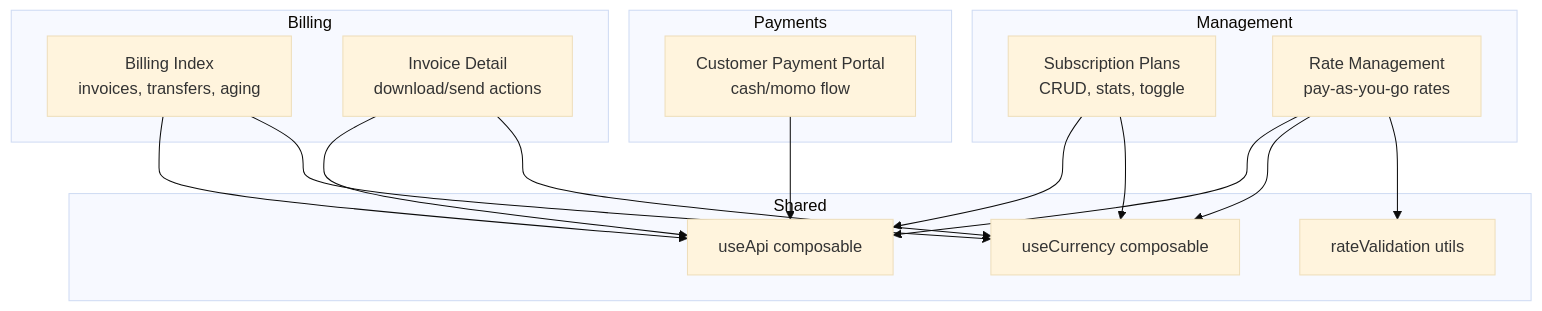
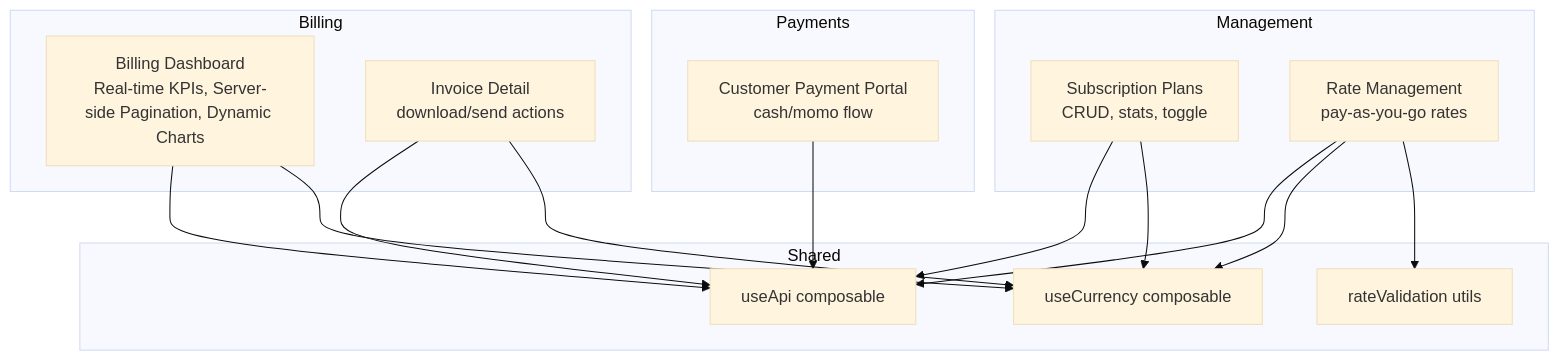
One commit to Lazynerd-Studios/lacarte-atlas-console changed the first of 4 diagrams in .qoder/repowiki/en/content/Business Modules/Billing & Subscriptions.md. Above: the diagram before and after it, drawn with Mermaid (base theme). The commit also changed other lines of this file and 13 other files, not shown here.

````diff
--- a/.qoder/repowiki/en/content/Business Modules/Billing & Subscriptions.md
+++ b/.qoder/repowiki/en/content/Business Modules/Billing & Subscriptions.md
@@ -38,29 +48,29 @@
 ```mermaid
 graph TB
 subgraph "Billing"
-BIndex["Billing Index<br/>invoices, transfers, aging"]
+BIndex["Billing Dashboard<br/>Real-time KPIs, Server-side Pagination, Dynamic Charts"]
 BDetail["Invoice Detail<br/>download/send actions"]
 end
 subgraph "Management"
 SubPlans["Subscription Plans<br/>CRUD, stats, toggle"]
 Rates["Rate Management<br/>pay-as-you-go rates"]
 end
 subgraph "Payments"
 PayPortal["Customer Payment Portal<br/>cash/momo flow"]
 end
 subgraph "Shared"
 Api["useApi composable"]
 Currency["useCurrency composable"]
 Validation["rateValidation utils"]
 end
 BIndex --> Api
 BDetail --> Api
 SubPlans --> Api
 Rates --> Api
 PayPortal --> Api
 BIndex --> Currency
 BDetail --> Currency
 SubPlans --> Currency
 Rates --> Currency
 Rates --> Validation
 ```
````
